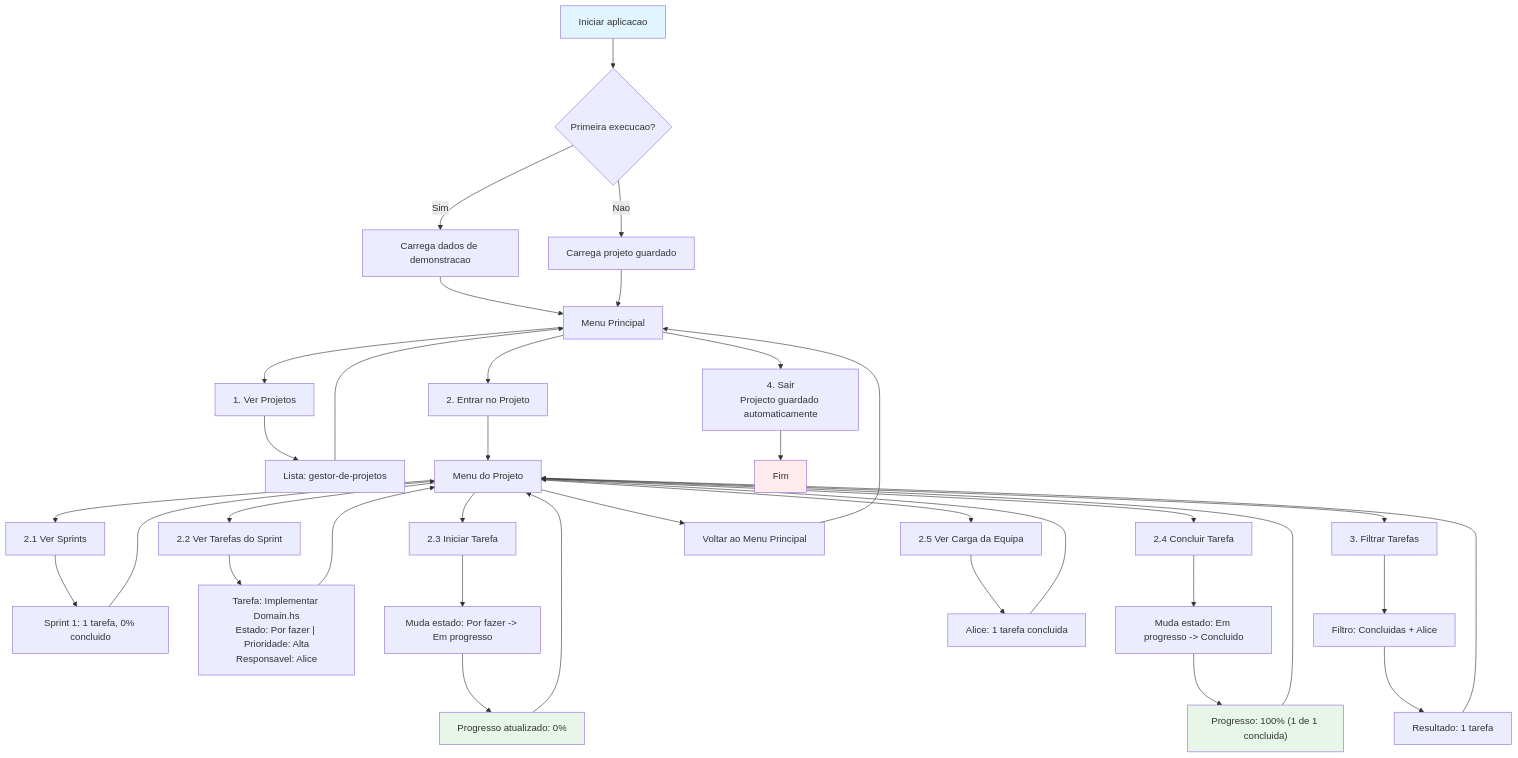
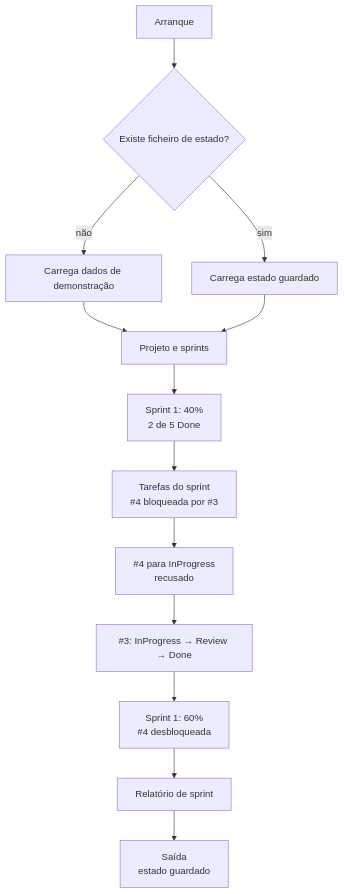
Before and after one commit to dalilaloureiro/gestor-de-projetos: the diagram in README.md, drawn with Mermaid. The commit also changed other lines of this file, not shown here.

First line of the commit message:
docs: reorganiza README para leitura externa

````diff
--- a/README.md
+++ b/README.md
@@ -99,55 +56,15 @@
 ```mermaid
-
 flowchart TD
-    A["Iniciar aplicacao"] --> B{"Primeira execucao?"}
-    B -- Sim --> C["Carrega dados de demonstracao"]
-    B -- Nao --> D["Carrega projeto guardado"]
-    C --> E["Menu Principal"]
+    A["Arranque"] --> B{"Existe ficheiro de estado?"}
+    B -- não --> C["Carrega dados de demonstração"]
+    B -- sim --> D["Carrega estado guardado"]
+    C --> E["Projeto e sprints"]
     D --> E
-
-    E --> F["1. Ver Projetos"]
-    F --> F1["Lista: gestor-de-projetos"]
-    F1 --> E
-
-    E --> G["2. Entrar no Projeto"]
-    G --> H["Menu do Projeto"]
-
-    H --> I["2.1 Ver Sprints"]
-    I --> I1["Sprint 1: 1 tarefa, 0% concluido"]
-    I1 --> H
-
-    H --> J["2.2 Ver Tarefas do Sprint"]
-    J --> J1["Tarefa: Implementar Domain.hs<br/>Estado: Por fazer | Prioridade: Alta<br/>Responsavel: Alice"]
-    J1 --> H
-
-    H --> K["2.3 Iniciar Tarefa"]
-    K --> K1["Muda estado: Por fazer -> Em progresso"]
-    K1 --> K2["Progresso atualizado: 0%"]
-    K2 --> H
-
-    H --> L["2.4 Concluir Tarefa"]
-    L --> L1["Muda estado: Em progresso -> Concluido"]
-    L1 --> L2["Progresso: 100% (1 de 1 concluida)"]
-    L2 --> H
-
-    H --> M["2.5 Ver Carga da Equipa"]
-    M --> M1["Alice: 1 tarefa concluida"]
-    M1 --> H
-
-    H --> N["3. Filtrar Tarefas"]
-    N --> N1["Filtro: Concluidas + Alice"]
-    N1 --> N2["Resultado: 1 tarefa"]
-    N2 --> H
-
-    H --> O["Voltar ao Menu Principal"]
-    O --> E
-
-    E --> P["4. Sair<br/>Projecto guardado automaticamente"]
-    P --> Q["Fim"]
-
-    style A fill:#e1f5fe
-    style Q fill:#ffebee
-    style K2 fill:#e8f5e9
-    style L2 fill:#e8f5e9
-
+    E --> F["Sprint 1: 40%<br/>2 de 5 Done"]
+    F --> G["Tarefas do sprint<br/>#4 bloqueada por #3"]
+    G --> H["#4 para InProgress<br/>recusado"]
+    H --> I["#3: InProgress → Review → Done"]
+    I --> J["Sprint 1: 60%<br/>#4 desbloqueada"]
+    J --> K["Relatório de sprint"]
+    K --> L["Saída<br/>estado guardado"]
 ```
````
